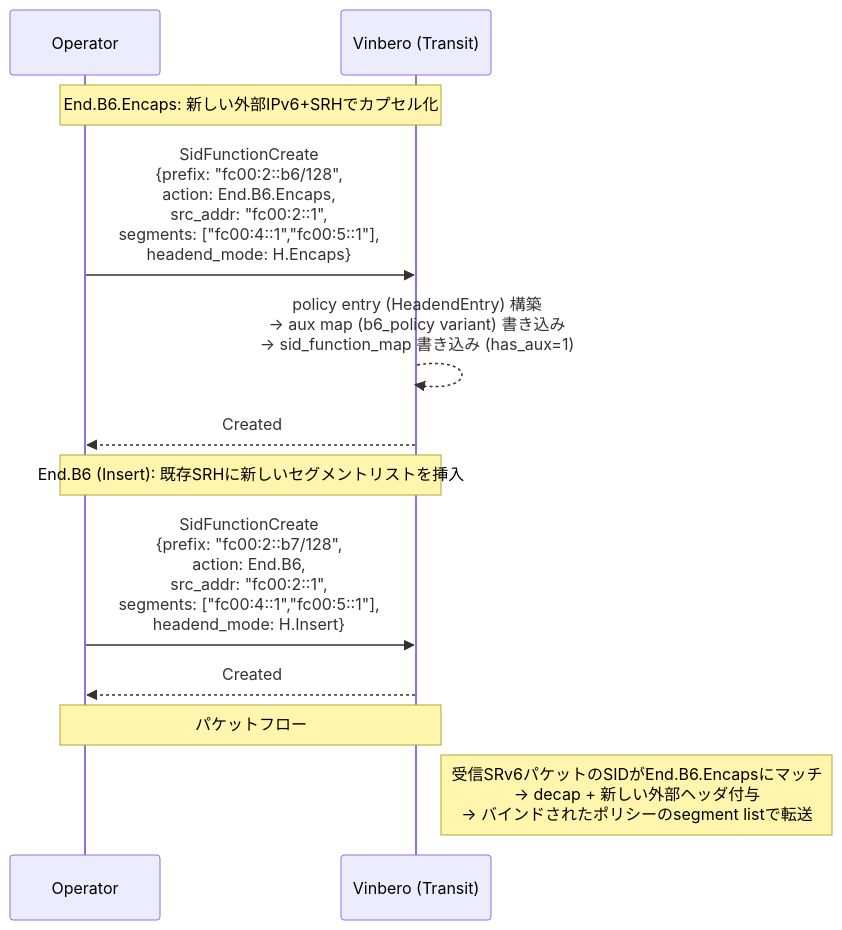
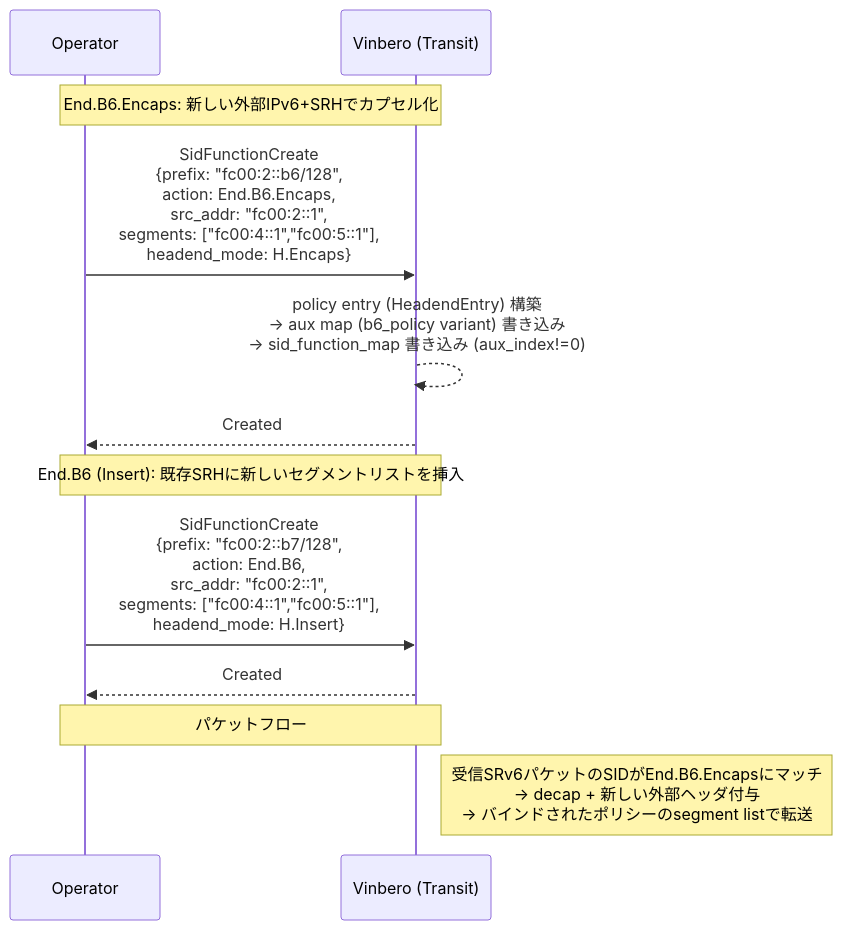
One commit to takehaya/Vinbero changed the eighth of 19 diagrams in docs/design/ja/api_sequence.md. Above: the diagram before and after it, drawn with Mermaid. The commit also changed other lines of this file and 73 other files, not shown here.

````diff
--- a/docs/design/ja/api_sequence.md
+++ b/docs/design/ja/api_sequence.md
@@ -263,19 +263,19 @@
 ```mermaid
 sequenceDiagram
     participant Op as Operator
     participant V as Vinbero (Transit)
 
     Note over Op,V: End.B6.Encaps: 新しい外部IPv6+SRHでカプセル化
 
     Op->>V: SidFunctionCreate<br/>{prefix: "fc00:2::b6/128",<br/>action: End.B6.Encaps,<br/>src_addr: "fc00:2::1",<br/>segments: ["fc00:4::1","fc00:5::1"],<br/>headend_mode: H.Encaps}
-    V-->>V: policy entry (HeadendEntry) 構築<br/>→ aux map (b6_policy variant) 書き込み<br/>→ sid_function_map 書き込み (has_aux=1)
+    V-->>V: policy entry (HeadendEntry) 構築<br/>→ aux map (b6_policy variant) 書き込み<br/>→ sid_function_map 書き込み (aux_index!=0)
     V-->>Op: Created
 
     Note over Op,V: End.B6 (Insert): 既存SRHに新しいセグメントリストを挿入
 
     Op->>V: SidFunctionCreate<br/>{prefix: "fc00:2::b7/128",<br/>action: End.B6,<br/>src_addr: "fc00:2::1",<br/>segments: ["fc00:4::1","fc00:5::1"],<br/>headend_mode: H.Insert}
     V-->>Op: Created
 
     Note over Op,V: パケットフロー
     Note right of V: 受信SRv6パケットのSIDがEnd.B6.Encapsにマッチ<br/>→ decap + 新しい外部ヘッダ付与<br/>→ バインドされたポリシーのsegment listで転送
 ```
````
